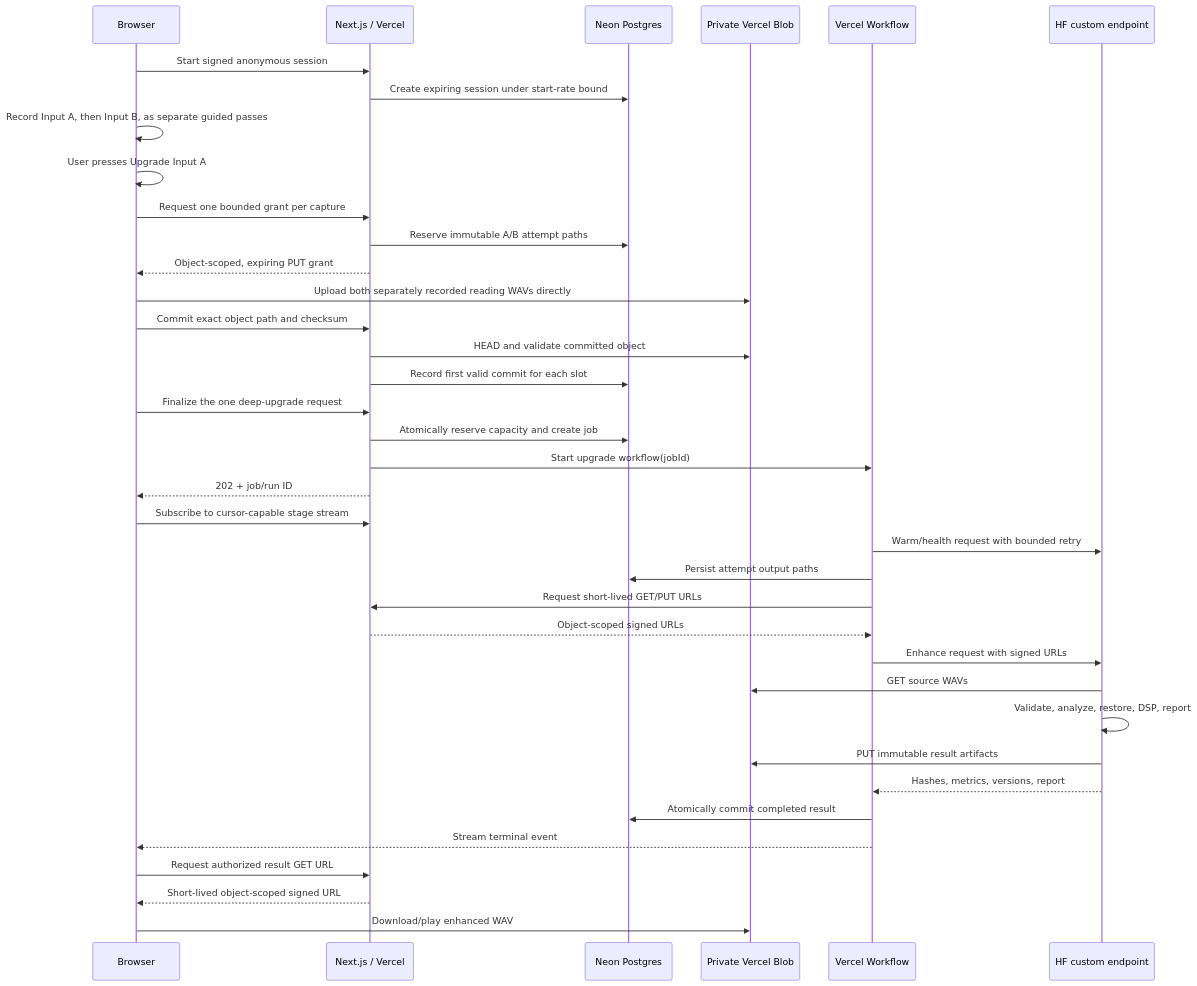
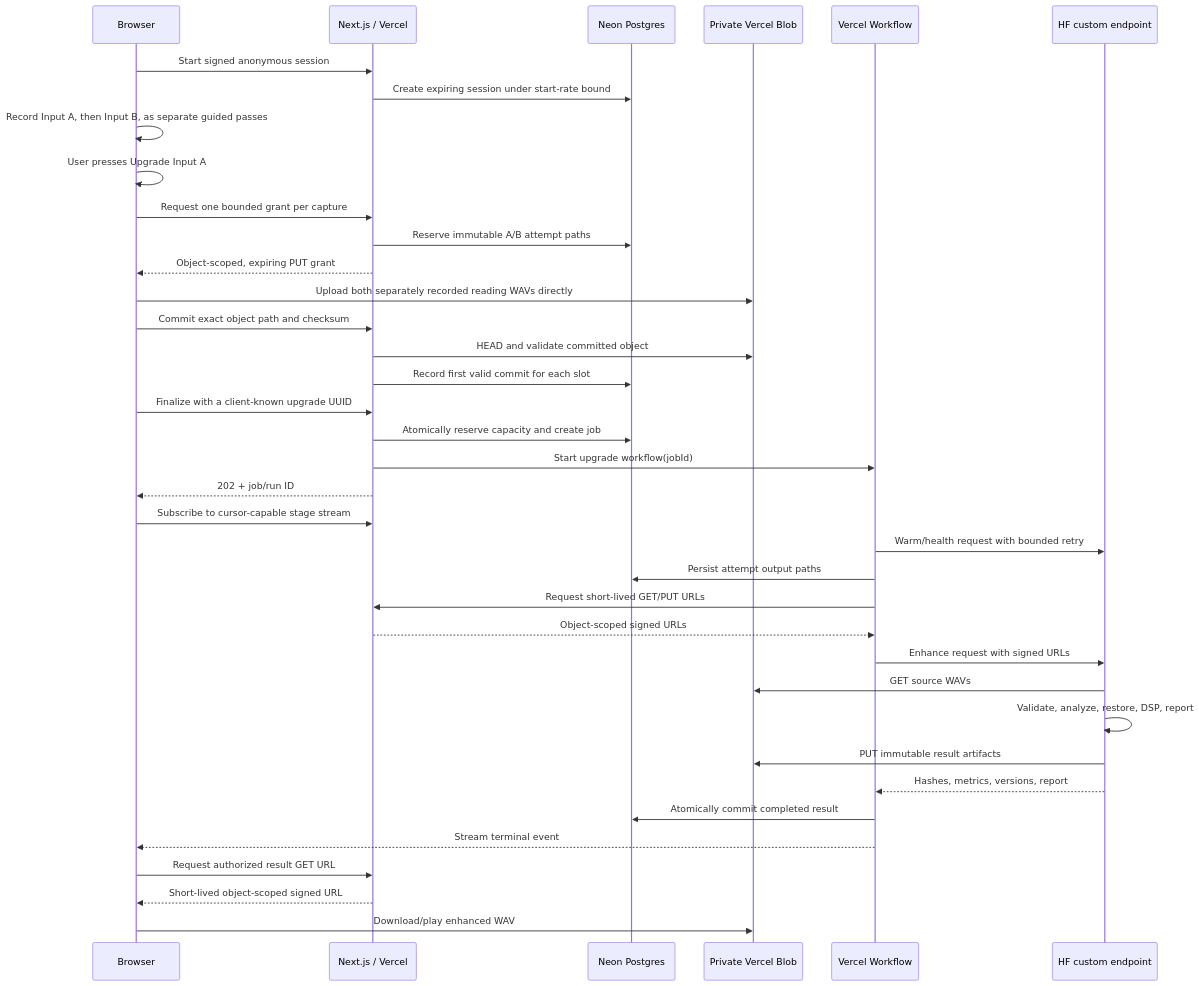
One commit to sergiopesch/signal-enhancer changed the diagram in docs/ARCHITECTURE.md. Above: the diagram before and after it, drawn with Mermaid. The commit also changed other lines of this file and 111 other files, not shown here.

````diff
--- a/docs/ARCHITECTURE.md
+++ b/docs/ARCHITECTURE.md
@@ -19,40 +19,40 @@
 ```mermaid
 sequenceDiagram
     participant B as Browser
     participant V as Next.js / Vercel
     participant DB as Neon Postgres
     participant Blob as Private Vercel Blob
     participant W as Vercel Workflow
     participant HF as HF custom endpoint
 
     B->>V: Start signed anonymous session
     V->>DB: Create expiring session under start-rate bound
     B->>B: Record Input A, then Input B, as separate guided passes
     B->>B: User presses Upgrade Input A
     B->>V: Request one bounded grant per capture
     V->>DB: Reserve immutable A/B attempt paths
     V-->>B: Object-scoped, expiring PUT grant
     B->>Blob: Upload both separately recorded reading WAVs directly
     B->>V: Commit exact object path and checksum
     V->>Blob: HEAD and validate committed object
     V->>DB: Record first valid commit for each slot
-    B->>V: Finalize the one deep-upgrade request
+    B->>V: Finalize with a client-known upgrade UUID
     V->>DB: Atomically reserve capacity and create job
     V->>W: Start upgrade workflow(jobId)
     V-->>B: 202 + job/run ID
     B->>V: Subscribe to cursor-capable stage stream
     W->>HF: Warm/health request with bounded retry
     W->>DB: Persist attempt output paths
     W->>V: Request short-lived GET/PUT URLs
     V-->>W: Object-scoped signed URLs
     W->>HF: Enhance request with signed URLs
     HF->>Blob: GET source WAVs
     HF->>HF: Validate, analyze, restore, DSP, report
     HF->>Blob: PUT immutable result artifacts
     HF-->>W: Hashes, metrics, versions, report
     W->>DB: Atomically commit completed result
     W-->>B: Stream terminal event
     B->>V: Request authorized result GET URL
     V-->>B: Short-lived object-scoped signed URL
     B->>Blob: Download/play enhanced WAV
 ```
````
